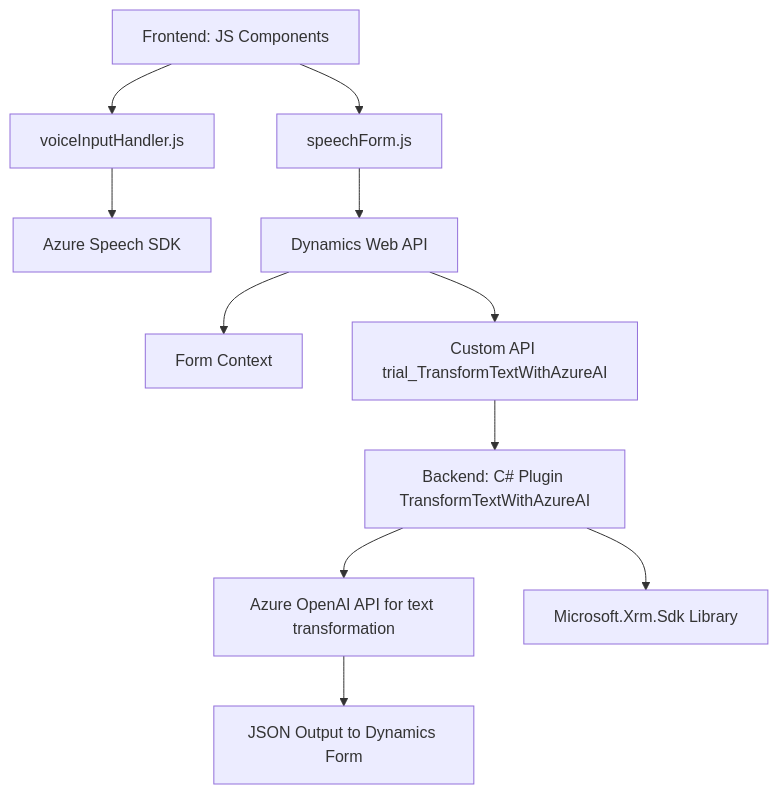
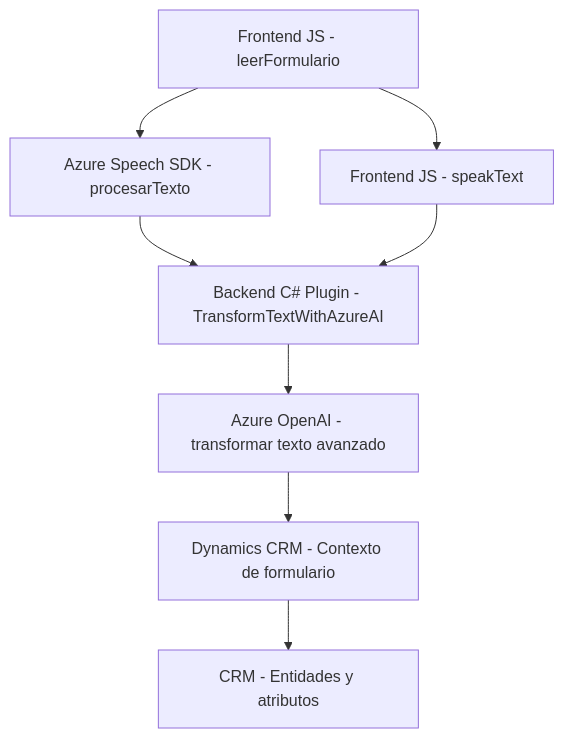
Before and after one commit to blopezdm/NETCORE_BILBAO2025: the diagram in README.md, drawn with Mermaid. The commit also changed other lines of this file, not shown here.

````diff
--- a/README.md
+++ b/README.md
@@ -34,13 +52,10 @@
 ```mermaid
 graph TD
-  A["Frontend: JS Components"] --> B["voiceInputHandler.js"]
-  A["Frontend: JS Components"] --> C["speechForm.js"]
-  B --> D["Azure Speech SDK"]
-  C --> E["Dynamics Web API"]
-  E --> F["Form Context"]
-  E --> G["Custom API trial_TransformTextWithAzureAI"]
-  G --> H["Backend: C# Plugin TransformTextWithAzureAI"]
-  H --> I["Azure OpenAI API for text transformation"]
-  I --> J["JSON Output to Dynamics Form"]
-  H --> K["Microsoft.Xrm.Sdk Library"]
+    A["Frontend JS - leerFormulario"] --> B["Azure Speech SDK - procesarTexto"]
+    A --> C["Frontend JS - speakText"]
+    B --> D["Backend C# Plugin - TransformTextWithAzureAI"]
+    C --> D
+    D --> E["Azure OpenAI - transformar texto avanzado"]
+    E --> F["Dynamics CRM - Contexto de formulario"]
+    F --> G["CRM - Entidades y atributos"]
 ```
````
